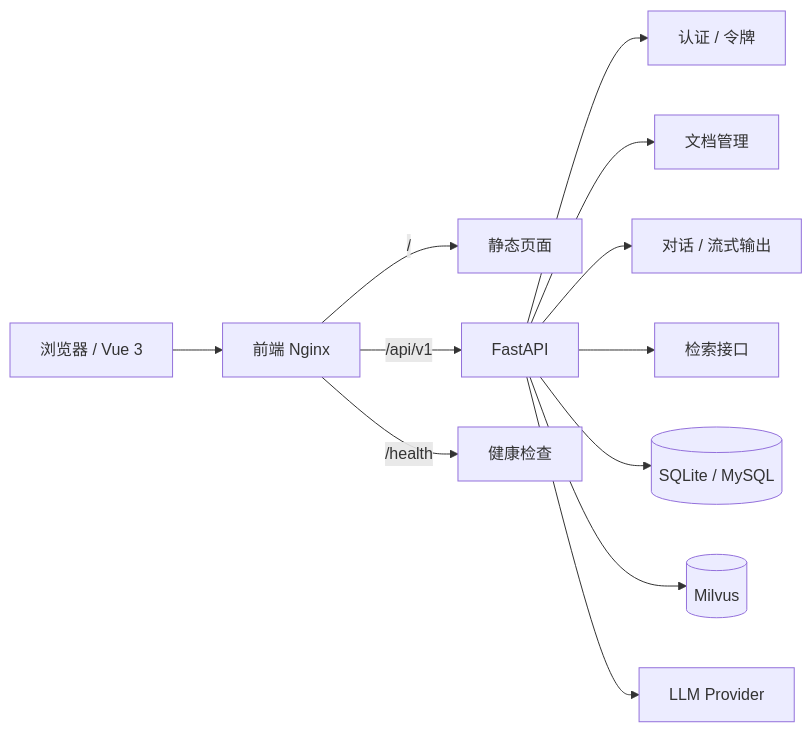
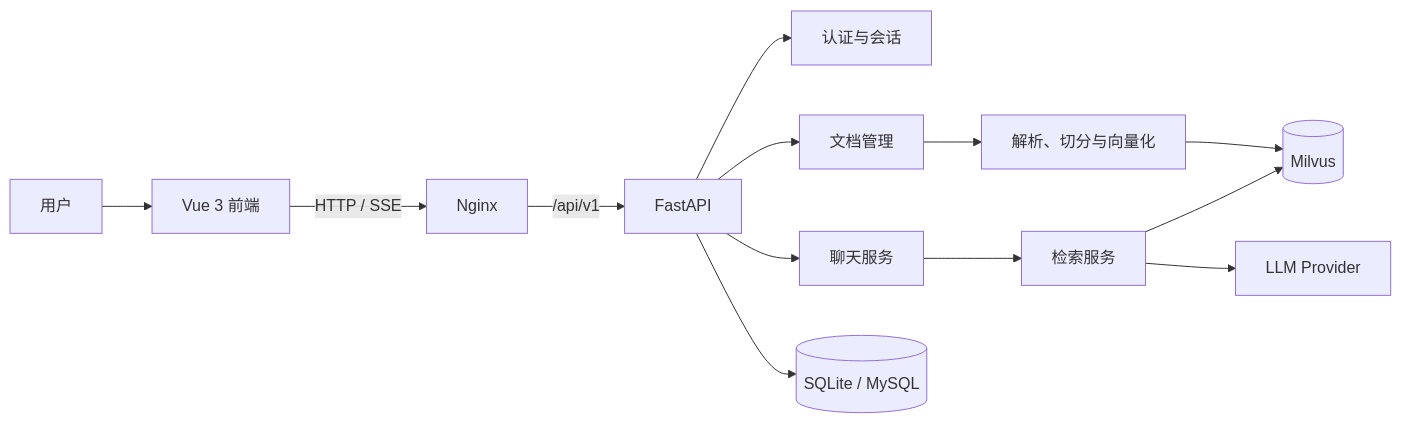
One commit to GuLu37/Enterprise-Knowledge-System changed the first of 2 diagrams in README.md. Above: the diagram before and after it, drawn with Mermaid. The commit also changed other lines of this file and 2 other files, not shown here.

````diff
--- a/README.md
+++ b/README.md
@@ -7,14 +29,16 @@
 ```mermaid
 flowchart LR
-  Browser[浏览器 / Vue 3] --> Nginx[前端 Nginx]
-  Nginx -->|/| Static[静态页面]
-  Nginx -->|/api/v1| API[FastAPI]
-  Nginx -->|/health| Health[健康检查]
-  API --> Auth[认证 / 令牌]
-  API --> Docs[文档管理]
-  API --> Chat[对话 / 流式输出]
-  API --> Retrieval[检索接口]
-  API --> SQL[(SQLite / MySQL)]
-  API --> Milvus[(Milvus)]
-  API --> LLM[LLM Provider]
+    U[用户] --> F[Vue 3 前端]
+    F -->|HTTP / SSE| N[Nginx]
+    N -->|/api/v1| A[FastAPI]
+
+    A --> AU[认证与会话]
+    A --> D[文档管理]
+    A --> C[聊天服务]
+    D --> P[解析、切分与向量化]
+    P --> M[(Milvus)]
+    C --> R[检索服务]
+    R --> M
+    R --> L[LLM Provider]
+    A --> S[(SQLite / MySQL)]
 ```
````
